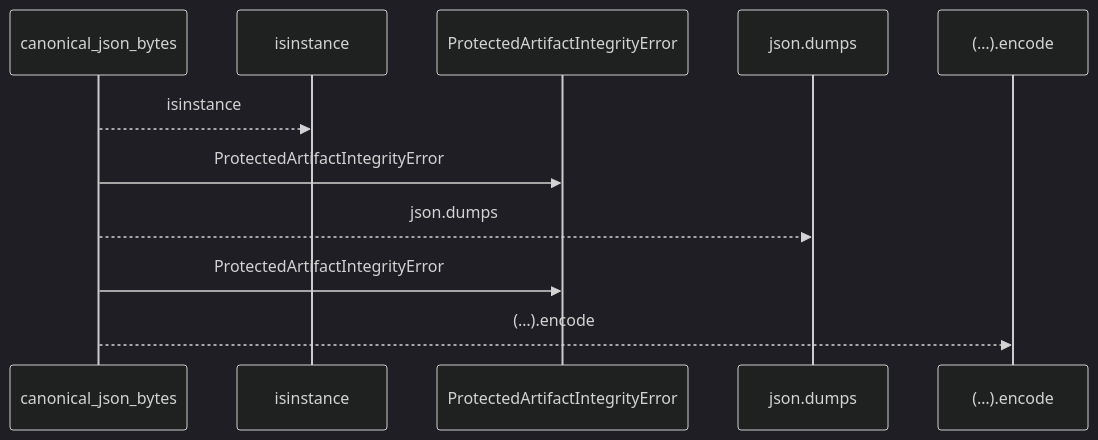
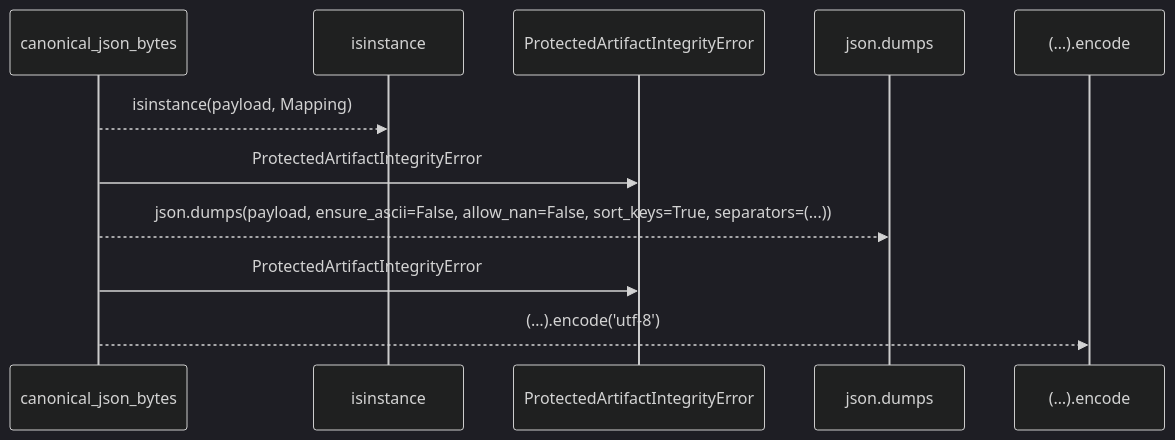
Before and after one commit to Denissvgn/python-wiki-llm: the first of 2 diagrams in docs/llm_wiki/flows/api-canonical_json_bytes-protected_artifacts.md, drawn with Mermaid (dark theme). The commit also changed other lines of this file and 1410 other files, not shown here.

````diff
--- a/docs/llm_wiki/flows/api-canonical_json_bytes-protected_artifacts.md
+++ b/docs/llm_wiki/flows/api-canonical_json_bytes-protected_artifacts.md
@@ -10,13 +12,13 @@
 ```mermaid
 sequenceDiagram
     participant p0 as canonical_json_bytes
     participant p1 as isinstance
     participant p2 as ProtectedArtifactIntegrityError
     participant p3 as json.dumps
     participant p4 as (…).encode
-    p0-->>p1: isinstance
+    p0-->>p1: isinstance(payload, Mapping)
     p0->>p2: ProtectedArtifactIntegrityError
-    p0-->>p3: json.dumps
+    p0-->>p3: json.dumps(payload, ensure_ascii=False, allow_nan=False, sort_keys=True, separators=(...))
     p0->>p2: ProtectedArtifactIntegrityError
-    p0-->>p4: (…).encode
+    p0-->>p4: (…).encode('utf-8')
 ```
````
